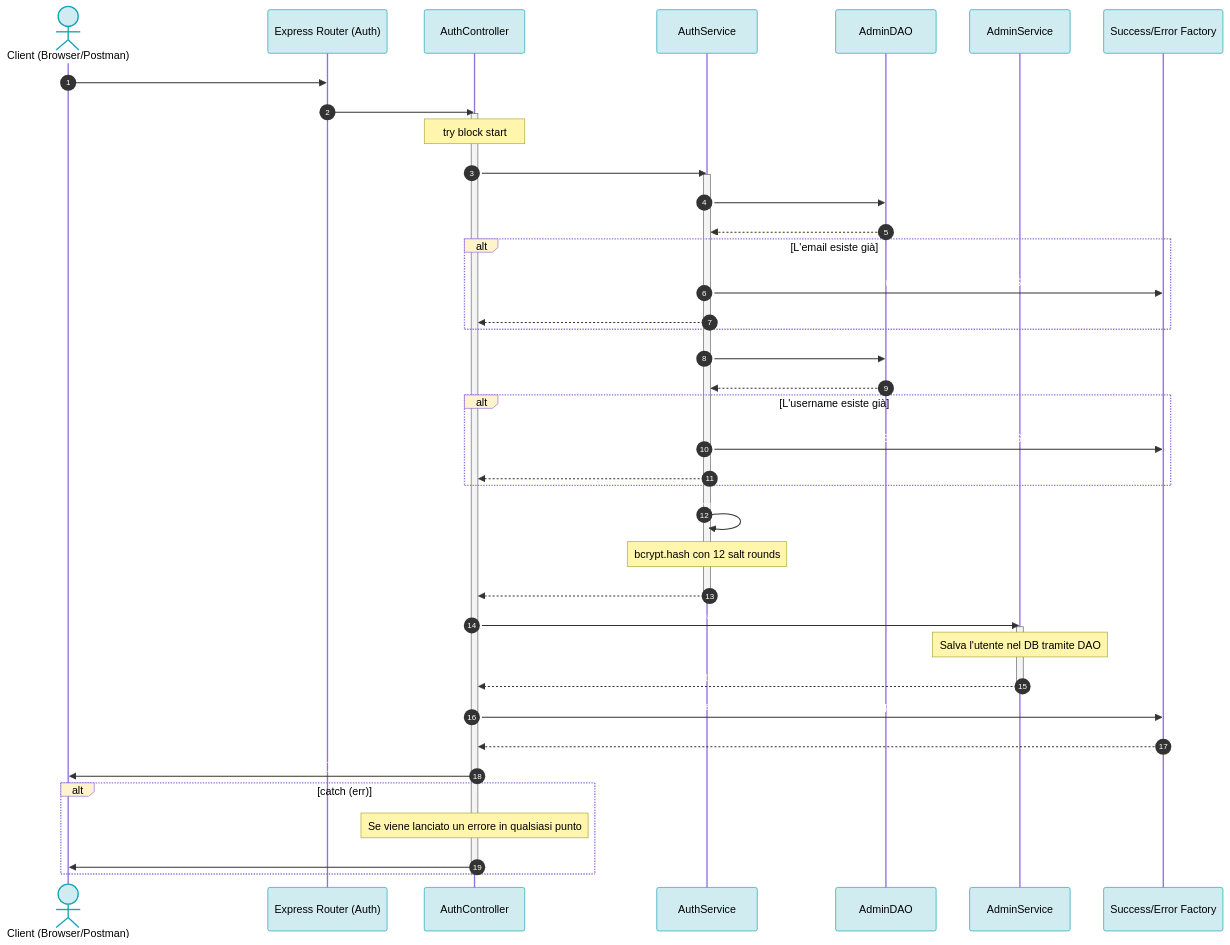
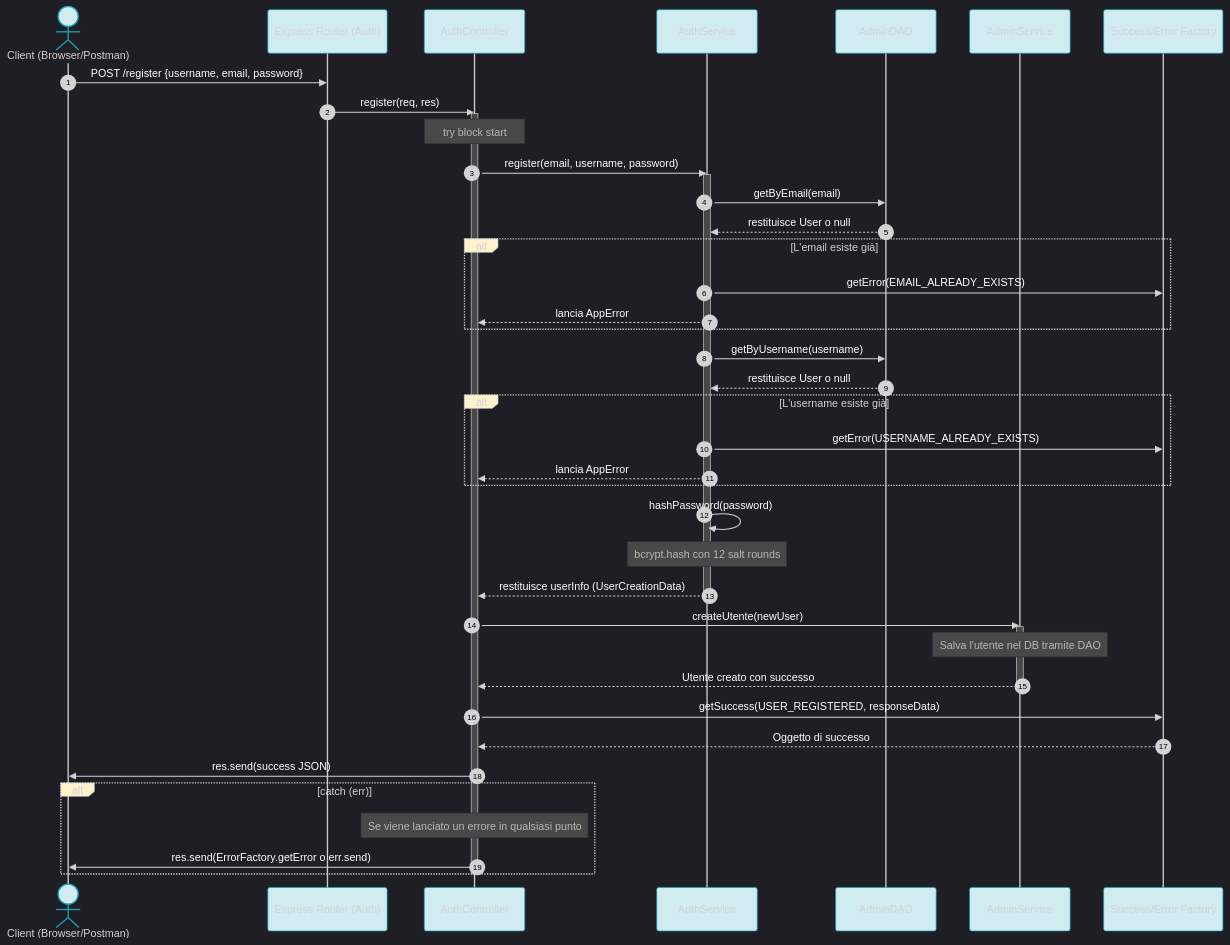
Before and after one commit to Barca2002/Progetto-Programmazione-avanzata: the first of 2 diagrams in README.md, drawn with Mermaid. The commit also changed other lines of this file and 5 other files, not shown here.

````diff
--- a/README.md
+++ b/README.md
@@ -145,66 +145,66 @@
 ```mermaid
-%%{init: { 'base': 'default',
+%%{init: { 'theme': 'dark',
  'themeVariables': { 
     'actorBkg': '#d1ecf1', 
     'actorBorder': '#17a2b8',
     'labelBoxBkgColor': '#fff3cd',
     'lineColor': '#6c757d', 
     'signalTextColor': '#ffffff', 
     'canvasBackground': '#ffffff' 
     }}}%%
 sequenceDiagram
     autonumber
     actor Utente as Client (Browser/Postman)
     participant Router as Express Router (Auth)
     participant Ctrl as AuthController
     participant Serv as AuthService
     participant DAO as AdminDAO
     participant AdminServ as AdminService
     participant Fact as Success/Error Factory
 
     Utente->>Router: POST /register {username, email, password}
     Router->>Ctrl: register(req, res)
     activate Ctrl
 
     Note over Ctrl: try block start
     Ctrl->>Serv: register(email, username, password)
     activate Serv
 
     Serv->>DAO: getByEmail(email)
     DAO-->>Serv: restituisce User o null
     
     alt L'email esiste già
         Serv->>Fact: getError(EMAIL_ALREADY_EXISTS)
         Serv-->>Ctrl: lancia AppError
     end
 
     Serv->>DAO: getByUsername(username)
     DAO-->>Serv: restituisce User o null
 
     alt L'username esiste già
         Serv->>Fact: getError(USERNAME_ALREADY_EXISTS)
         Serv-->>Ctrl: lancia AppError
     end
 
     Serv->>Serv: hashPassword(password)
     Note over Serv: bcrypt.hash con 12 salt rounds
     
     Serv-->>Ctrl: restituisce userInfo (UserCreationData)
     deactivate Serv
 
     Ctrl->>AdminServ: createUtente(newUser)
     activate AdminServ
     Note over AdminServ: Salva l'utente nel DB tramite DAO
     AdminServ-->>Ctrl: Utente creato con successo
     deactivate AdminServ
 
     Ctrl->>Fact: getSuccess(USER_REGISTERED, responseData)
     Fact-->>Ctrl: Oggetto di successo
     Ctrl->>Utente: res.send(success JSON)
 
     alt catch (err)
         Note over Ctrl: Se viene lanciato un errore in qualsiasi punto
         Ctrl->>Utente: res.send(ErrorFactory.getError o err.send)
     end
     deactivate Ctrl
 ```
````
